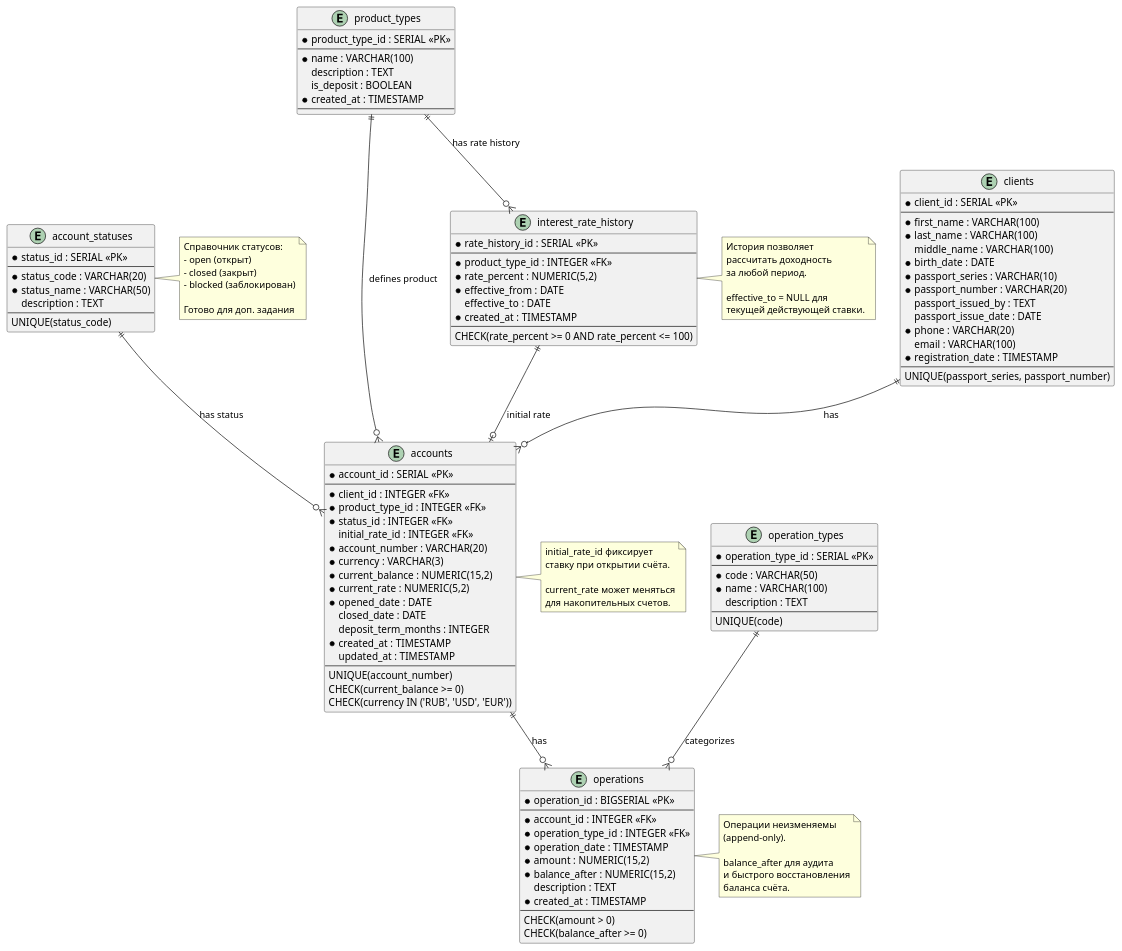
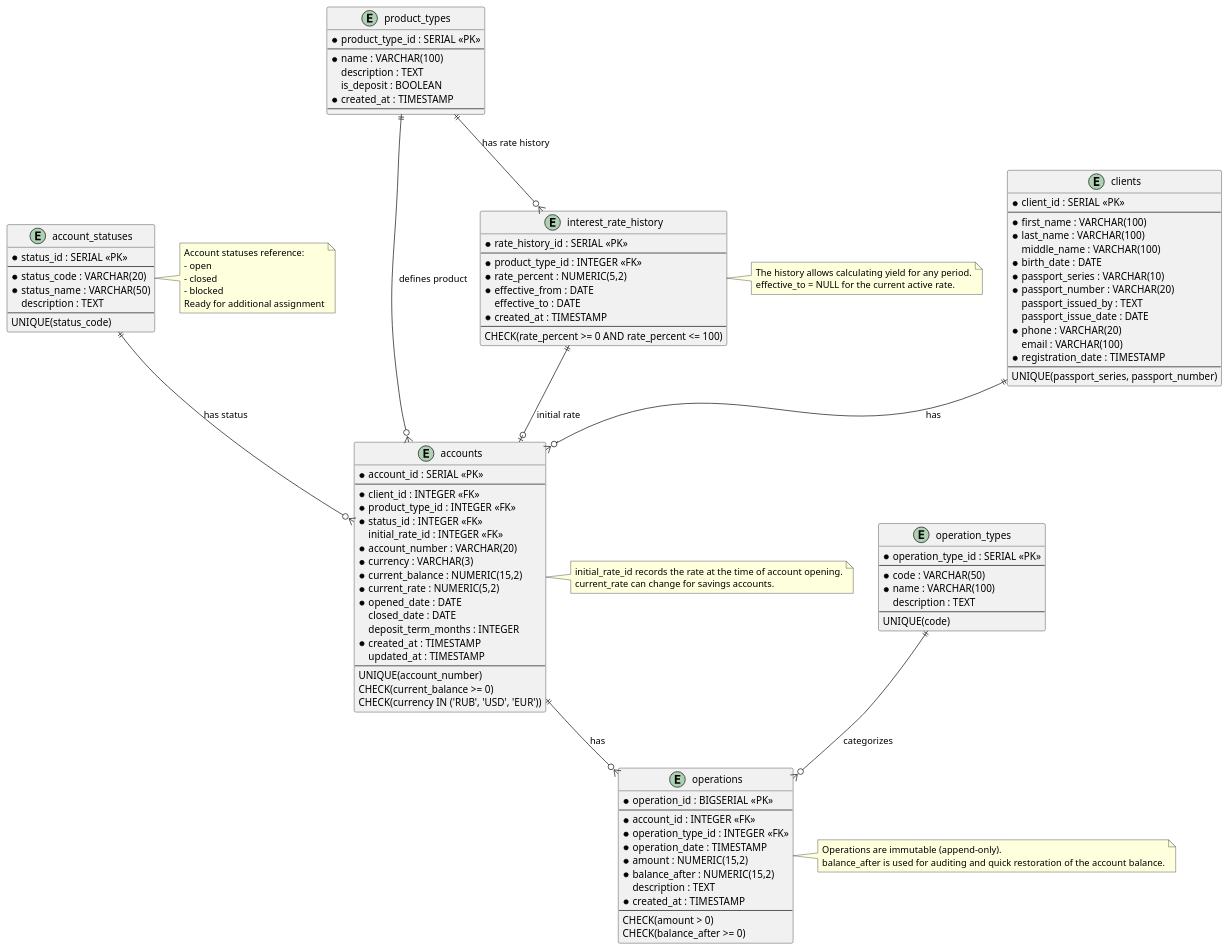
Before and after one commit to Exsellent/Banking: the diagram in 1_er_diagram/er_diagram.puml, drawn with PlantUML.

Commit message:
Creating architecture diagram

```diff
--- a/1_er_diagram/er_diagram.puml
+++ b/1_er_diagram/er_diagram.puml
@@ -1,7 +1,7 @@
 @startuml
 
 ' ============================================
-' Справочник типов банковских продуктов
+' Reference of Banking Product Types
 ' ============================================
 entity "product_types" as PT {
   * product_type_id : SERIAL <<PK>>
@@ -12,11 +12,11 @@
   * created_at : TIMESTAMP
   --
   ' indexes:
-  '   - unique index on name
+  ' - unique index on name
 }
 
 ' ============================================
-' Справочник статусов счетов
+' Reference of Account Statuses
 ' ============================================
 entity "account_statuses" as AS {
   * status_id : SERIAL <<PK>>
@@ -26,11 +26,11 @@
   description : TEXT
   --
   UNIQUE(status_code)
-  ' Примеры: open, closed, blocked
+  ' Examples: open, closed, blocked
 }
 
 ' ============================================
-' Справочник типов операций
+' Reference of Operation Types
 ' ============================================
 entity "operation_types" as OT {
   * operation_type_id : SERIAL <<PK>>
@@ -40,11 +40,11 @@
   description : TEXT
   --
   UNIQUE(code)
-  ' Примеры: deposit, withdraw, interest_accrual
+  ' Examples: deposit, withdraw, interest_accrual
 }
 
 ' ============================================
-' Клиенты банка
+' Bank Clients
 ' ============================================
 entity "clients" as C {
   * client_id : SERIAL <<PK>>
@@ -63,13 +63,13 @@
   --
   UNIQUE(passport_series, passport_number)
   ' indexes:
-  '   - idx_clients_passport
-  '   - idx_clients_phone
-  '   - idx_clients_email
+  ' - idx_clients_passport
+  ' - idx_clients_phone
+  ' - idx_clients_email
 }
 
 ' ============================================
-' История процентных ставок
+' Interest Rate History
 ' ============================================
 entity "interest_rate_history" as IRH {
   * rate_history_id : SERIAL <<PK>>
@@ -82,13 +82,13 @@
   --
   CHECK(rate_percent >= 0 AND rate_percent <= 100)
   ' indexes:
-  '   - idx_irh_product_type_id
-  '   - idx_irh_effective_from
-  '   - idx_irh_product_dates (product_type_id, effective_from, effective_to)
+  ' - idx_irh_product_type_id
+  ' - idx_irh_effective_from
+  ' - idx_irh_product_dates (product_type_id, effective_from, effective_to)
 }
 
 ' ============================================
-' Банковские счета
+' Bank Accounts
 ' ============================================
 entity "accounts" as A {
   * account_id : SERIAL <<PK>>
@@ -111,16 +111,16 @@
   CHECK(current_balance >= 0)
   CHECK(currency IN ('RUB', 'USD', 'EUR'))
   ' indexes:
-  '   - idx_accounts_client_id
-  '   - idx_accounts_product_type_id
-  '   - idx_accounts_status_id
-  '   - idx_accounts_opened_date
-  '   - idx_accounts_number (unique)
-  '   - idx_accounts_client_status (client_id, status_id)
+  ' - idx_accounts_client_id
+  ' - idx_accounts_product_type_id
+  ' - idx_accounts_status_id
+  ' - idx_accounts_opened_date
+  ' - idx_accounts_number (unique)
+  ' - idx_accounts_client_status (client_id, status_id)
 }
 
 ' ============================================
-' Операции по счетам
+' Account Operations
 ' ============================================
 entity "operations" as O {
   * operation_id : BIGSERIAL <<PK>>
@@ -136,74 +136,61 @@
   CHECK(amount > 0)
   CHECK(balance_after >= 0)
   ' indexes:
-  '   - idx_operations_account_id
-  '   - idx_operations_type_id
-  '   - idx_operations_date
-  '   - idx_operations_account_date (account_id, operation_date)
-  '   - idx_operations_date_range (operation_date DESC)
+  ' - idx_operations_account_id
+  ' - idx_operations_type_id
+  ' - idx_operations_date
+  ' - idx_operations_account_date (account_id, operation_date)
+  ' - idx_operations_date_range (operation_date DESC)
 }
 
 ' ============================================
-' Связи между сущностями
+' Relationships Between Entities
 ' ============================================
-
-' Клиент может иметь много счетов
+' A client can have many accounts
 C ||--o{ A : "has"
 
-' Тип продукта используется во многих счетах
+' Product type is used in many accounts
 PT ||--o{ A : "defines product"
 
-' Статус счета (справочник)
+' Account status (reference)
 AS ||--o{ A : "has status"
 
-' Счет фиксирует начальную ставку при открытии
+' Account records the initial rate at opening
 IRH ||--o| A : "initial rate"
 
-' Тип продукта имеет историю изменения ставок
+' Product type has rate change history
 PT ||--o{ IRH : "has rate history"
 
-' Счет имеет много операций
+' Account has many operations
 A ||--o{ O : "has"
 
-' Тип операции используется во многих операциях
+' Operation type is used in many operations
 OT ||--o{ O : "categorizes"
 
 ' ============================================
-' Примечания к модели
+' Notes on the Model
 ' ============================================
 note right of AS
-  Справочник статусов:
-  - open (открыт)
-  - closed (закрыт)
-  - blocked (заблокирован)
-
-  Готово для доп. задания
+  Account statuses reference:
+  - open
+  - closed
+  - blocked
+  Ready for additional assignment
 end note
 
 note right of A
-  initial_rate_id фиксирует
-  ставку при открытии счёта.
-
-  current_rate может меняться
-  для накопительных счетов.
+  initial_rate_id records the rate at the time of account opening.
+  current_rate can change for savings accounts.
 end note
 
 note right of O
-  Операции неизменяемы
-  (append-only).
-
-  balance_after для аудита
-  и быстрого восстановления
-  баланса счёта.
+  Operations are immutable (append-only).
+  balance_after is used for auditing and quick restoration of the account balance.
 end note
 
 note right of IRH
-  История позволяет
-  рассчитать доходность
-  за любой период.
-
-  effective_to = NULL для
-  текущей действующей ставки.
+  The history allows calculating yield for any period.
+  effective_to = NULL for the current active rate.
 end note
 
 @enduml
```
